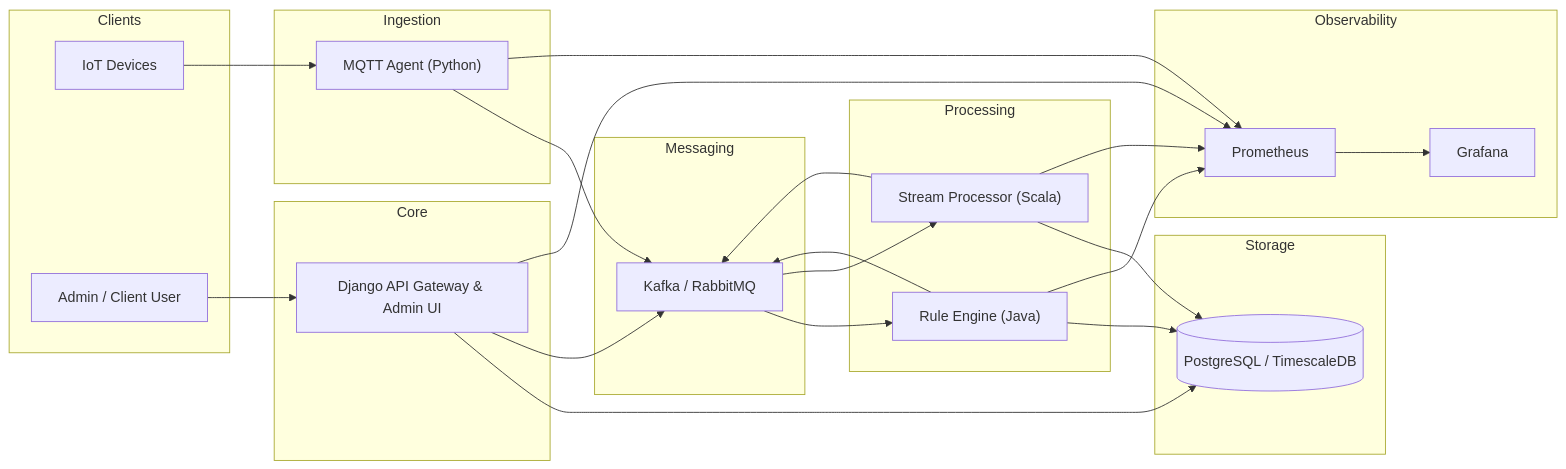
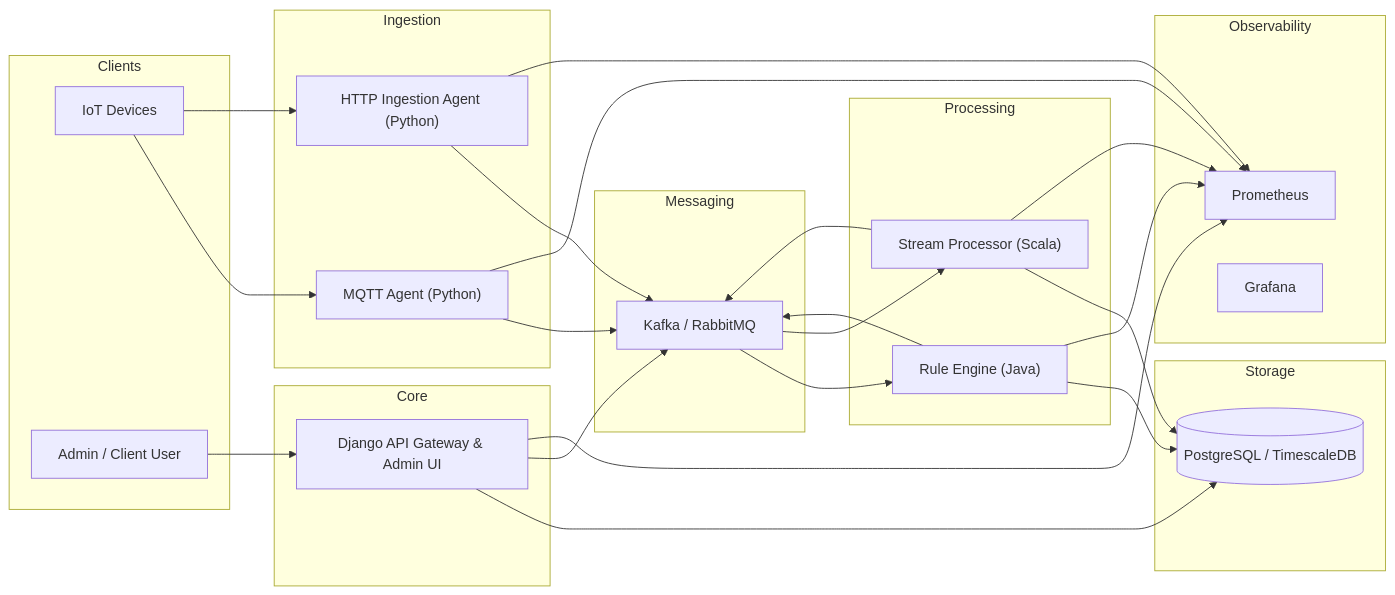
Before and after one commit to Project-Stage-Academy/IoT-Hub-bravo: the diagram in docs/architecture.md, drawn with Mermaid. The commit also changed other lines of this file and 2 other files, not shown here.

````diff
--- a/docs/architecture.md
+++ b/docs/architecture.md
@@ -119,58 +120,60 @@
 ```mermaid
 flowchart LR
     subgraph Clients
         Device["IoT Devices"]
         AdminUser["Admin / Client User"]
     end
 
     subgraph Ingestion
         MQTT["MQTT Agent (Python)"]
+        HTTPAgent["HTTP Ingestion Agent (Python)"]
     end
 
     subgraph Core
         Django["Django API Gateway & Admin UI"]
     end
 
     subgraph Messaging
         Broker["Kafka / RabbitMQ"]
     end
 
     subgraph Processing
         Rules["Rule Engine (Java)"]
         Stream["Stream Processor (Scala)"]
     end
 
     subgraph Storage
         DB[("PostgreSQL / TimescaleDB")]
     end
 
     subgraph Observability
         Prom["Prometheus"]
         Grafana["Grafana"]
     end
 
     Device --> MQTT
+    Device --> HTTPAgent
 
     MQTT --> Broker
+    HTTPAgent --> Broker
 
     AdminUser --> Django
 
     Django --> DB
     Django --> Broker
 
     Broker --> Rules
     Broker --> Stream
 
     Rules --> Broker
     Stream --> Broker
 
     Rules --> DB
     Stream --> DB
 
     Django --> Prom
     MQTT --> Prom
+    HTTPAgent --> Prom
     Rules --> Prom
     Stream --> Prom
-
-    Prom --> Grafana
 ```
````
